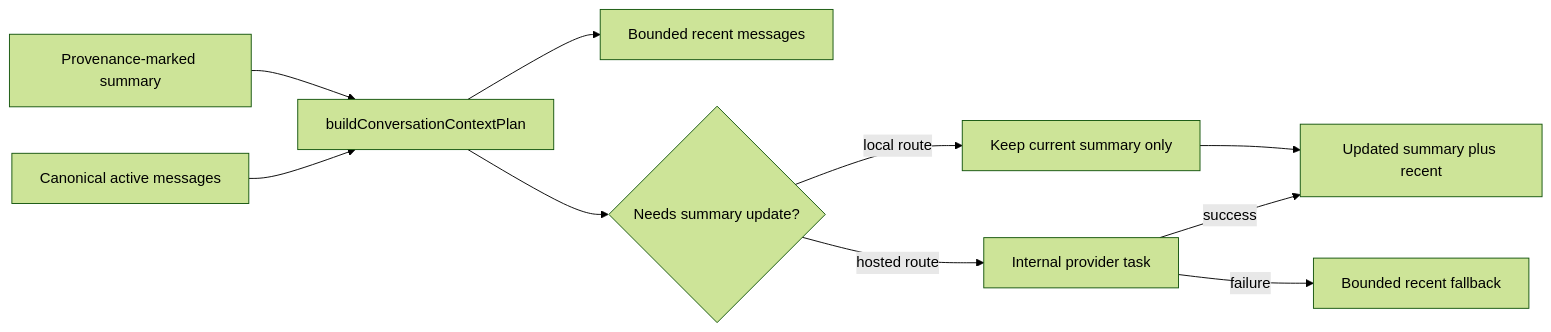
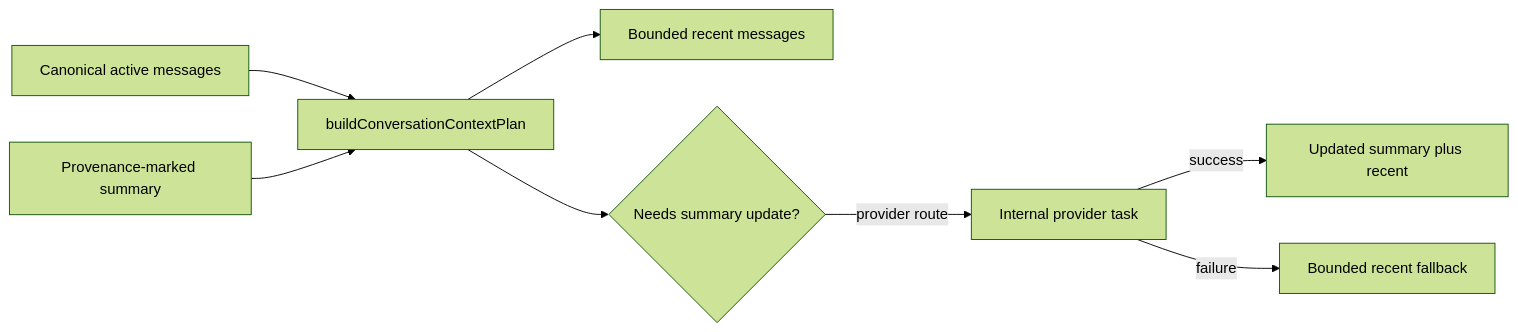
One commit to hurrtz/mrbroccoli changed the second of 3 diagrams in src/services/voicePipeline/DESIGN.md. Above: the diagram before and after it, drawn with Mermaid (forest theme). The commit also changed other lines of this file and 325 other files, not shown here.

````diff
--- a/src/services/voicePipeline/DESIGN.md
+++ b/src/services/voicePipeline/DESIGN.md
@@ -74,12 +74,10 @@
 ```mermaid
 flowchart LR
     Messages[Canonical active messages] --> Plan[buildConversationContextPlan]
     Summary[Provenance-marked summary] --> Plan
     Plan --> Recent[Bounded recent messages]
     Plan --> Update{Needs summary update?}
-    Update -->|hosted route| Summarizer[Internal provider task]
-    Update -->|local route| Skip[Keep current summary only]
+    Update -->|provider route| Summarizer[Internal provider task]
     Summarizer -->|success| Effective[Updated summary plus recent]
     Summarizer -->|failure| Fallback[Bounded recent fallback]
-    Skip --> Effective
 ```
````
